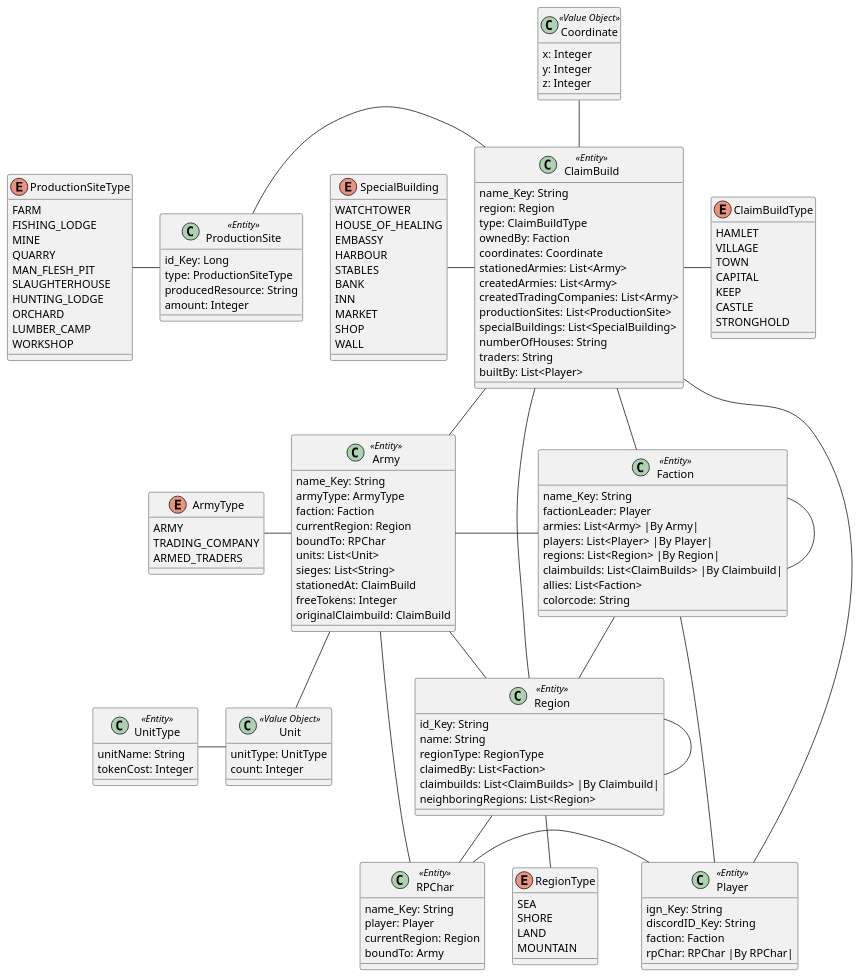
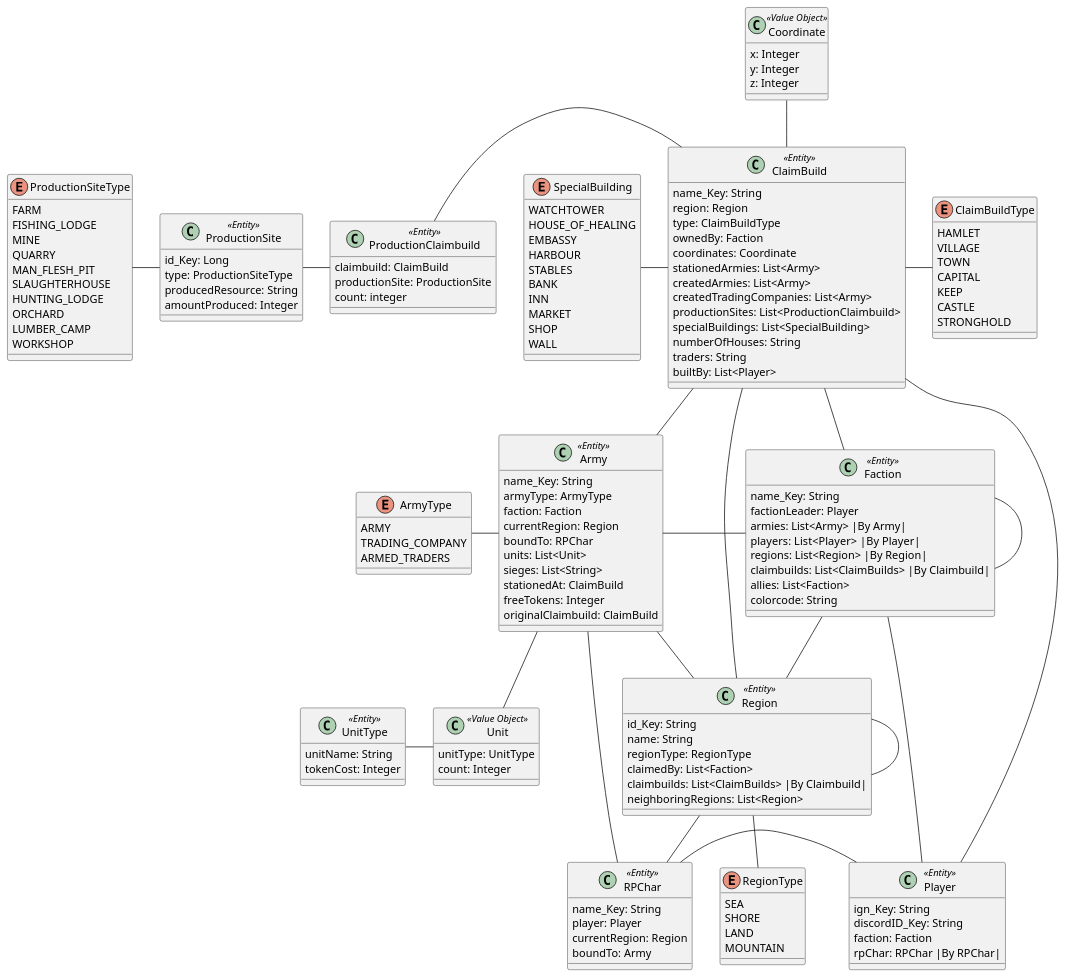
One commit to Team-KekX/Ardas-Legends-App changed the diagram in ALSpringBackend/src/main/puml/ArdasLegendsDomain.puml. Above: the diagram before and after it, drawn with PlantUML.

Commit message:
Updated PUML with ProductionSite-Claimbuild Association Table

```diff
--- a/ALSpringBackend/src/main/puml/ArdasLegendsDomain.puml
+++ b/ALSpringBackend/src/main/puml/ArdasLegendsDomain.puml
@@ -1,169 +1,176 @@
 @startuml
 class Region <<Entity>> {
     id_Key: String
     name: String
     regionType: RegionType
     claimedBy: List<Faction>
     claimbuilds: List<ClaimBuilds> |By Claimbuild|
     neighboringRegions: List<Region>
 }
 
 enum RegionType {
     SEA
     SHORE
     LAND
     MOUNTAIN
 }
 
 class ClaimBuild <<Entity>> {
     name_Key: String
     region: Region
     type: ClaimBuildType
     ownedBy: Faction
     coordinates: Coordinate
     stationedArmies: List<Army>
     createdArmies: List<Army>
     createdTradingCompanies: List<Army>
-    productionSites: List<ProductionSite>
+    productionSites: List<ProductionClaimbuild>
     specialBuildings: List<SpecialBuilding>
     numberOfHouses: String
     traders: String
     builtBy: List<Player>
 }
 
 enum ClaimBuildType {
     HAMLET
     VILLAGE
     TOWN
     CAPITAL
     KEEP
     CASTLE
     STRONGHOLD
 }
 
 class Faction <<Entity>> {
     name_Key: String
     factionLeader: Player
     armies: List<Army> |By Army|
     players:  List<Player> |By Player|
     regions: List<Region> |By Region|
     claimbuilds: List<ClaimBuilds> |By Claimbuild|
     allies: List<Faction>
     colorcode: String
 }
 
 class Player <<Entity>> {
     ign_Key: String
     discordID_Key: String
     faction: Faction
     rpChar: RPChar |By RPChar|
 }
 
 class RPChar <<Entity>> {
     name_Key: String
     player: Player
     currentRegion: Region
     boundTo: Army
 }
 
 class Coordinate <<Value Object>> {
     x: Integer
     y: Integer
     z: Integer
 }
 
 class ProductionSite <<Entity>> {
     id_Key: Long
     type: ProductionSiteType
     producedResource: String
-    amount: Integer
+    amountProduced: Integer
+}
+
+class ProductionClaimbuild <<Entity>> {
+    claimbuild: ClaimBuild
+    productionSite: ProductionSite
+    count: integer
 }
 
 enum ProductionSiteType {
     FARM
     FISHING_LODGE
     MINE
     QUARRY
     MAN_FLESH_PIT
     SLAUGHTERHOUSE
     HUNTING_LODGE
     ORCHARD
     LUMBER_CAMP
     WORKSHOP
 }
 
 enum SpecialBuilding {
     WATCHTOWER
     HOUSE_OF_HEALING
     EMBASSY
     HARBOUR
     STABLES
     BANK
     INN
     MARKET
     SHOP
     WALL
 }
 
 class Army <<Entity>> {
     name_Key: String
     armyType: ArmyType
     faction: Faction
     currentRegion: Region
     boundTo: RPChar
     units: List<Unit>
     sieges: List<String>
     stationedAt: ClaimBuild
     freeTokens: Integer
     originalClaimbuild: ClaimBuild
 }
 
 enum ArmyType {
     ARMY
     TRADING_COMPANY
     ARMED_TRADERS
 }
 
 class Unit <<Value Object>> {
     unitType: UnitType
     count: Integer
 }
 
 class UnitType <<Entity>> {
     unitName: String
     tokenCost: Integer
 }
 
 Region -  ClaimBuild
 Region - Region
 Region -down- RPChar
 RegionType -up- Region
 
 Faction -down- Region
 Faction -right Player
 Faction -left Army
 Faction -up- ClaimBuild
 Faction - Faction
 
 ClaimBuild - Player
 ClaimBuild -right- ClaimBuildType
 ClaimBuild -up- Coordinate
 ClaimBuild - Army
 
-ProductionSite - ClaimBuild
+ProductionSite - ProductionClaimbuild
+ProductionClaimbuild - ClaimBuild
 SpecialBuilding - ClaimBuild
 
 ProductionSite -left- ProductionSiteType
 
 
 RPChar - Player
 
 Army -down- Unit
 Army - Region
 Army - RPChar
 
 ArmyType - Army
 
 UnitType - Unit
 
 @enduml
```
